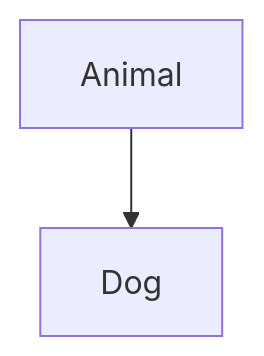
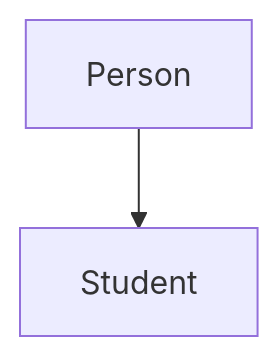
The first of 5 diagrams in modules/m4-object-oriented-programming/wk10-inheritance-and-polymorphism/4-types-of-inheritance.md (VishnuKumpati/KVCET_Year1_Content), drawn with Mermaid before and after one commit. The commit also changed other lines of this file and 14 other files, not shown here.

````diff
--- a/modules/m4-object-oriented-programming/wk10-inheritance-and-polymorphism/4-types-of-inheritance.md
+++ b/modules/m4-object-oriented-programming/wk10-inheritance-and-polymorphism/4-types-of-inheritance.md
@@ -9,4 +17,4 @@
 ```mermaid
 flowchart TD
-    A["Animal"] --> B["Dog"]
+    A["Person"] --> B["Student"]
 ```
````
